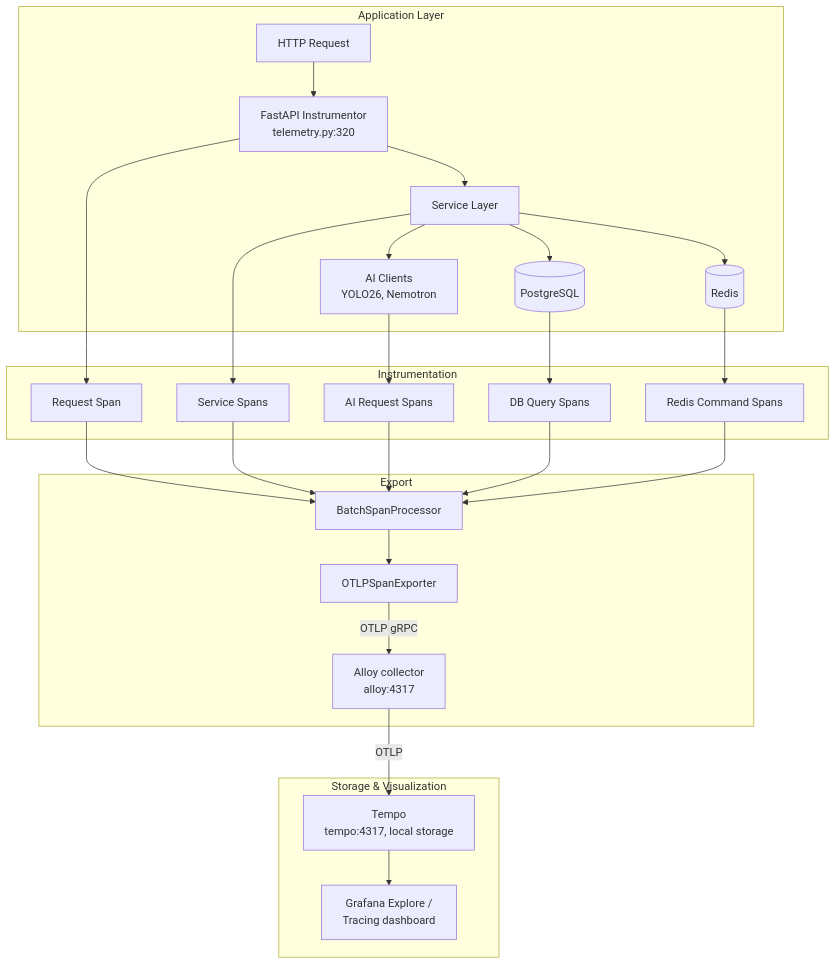
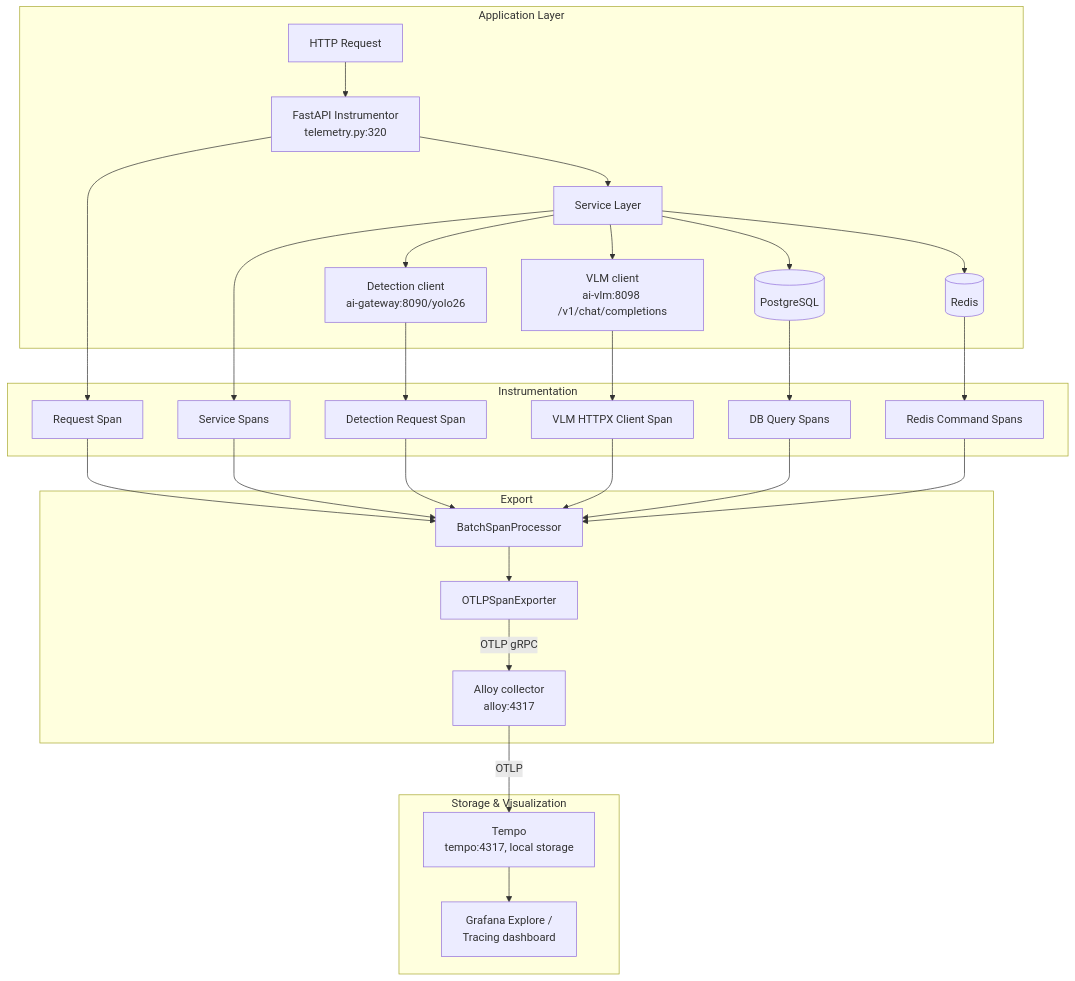
One commit to mikesvoboda/nemotron-v3-home-security-intelligence changed the diagram in docs/architecture/observability/distributed-tracing.md. Above: the diagram before and after it, drawn with Mermaid. The commit also changed other lines of this file and 231 other files, not shown here.

````diff
--- a/docs/architecture/observability/distributed-tracing.md
+++ b/docs/architecture/observability/distributed-tracing.md
@@ -27,33 +29,36 @@
 ```mermaid
 graph TD
     subgraph "Application Layer"
         REQ[HTTP Request] --> MW[FastAPI Instrumentor<br/>telemetry.py:320]
         MW --> SVC[Service Layer]
-        SVC --> AI[AI Clients<br/>YOLO26, Nemotron]
+        SVC --> DET[Detection client<br/>ai-gateway:8090/yolo26]
+        SVC --> VLM[VLM client<br/>ai-vlm:8098 /v1/chat/completions]
         SVC --> DB[(PostgreSQL)]
         SVC --> REDIS[(Redis)]
     end
 
     subgraph "Instrumentation"
         MW --> SPAN1[Request Span]
         SVC --> SPAN2[Service Spans]
-        AI --> SPAN3[AI Request Spans]
+        DET --> SPAN3[Detection Request Span]
+        VLM --> SPAN6[VLM HTTPX Client Span]
         DB --> SPAN4[DB Query Spans]
         REDIS --> SPAN5[Redis Command Spans]
     end
 
     subgraph "Export"
         SPAN1 --> PROC[BatchSpanProcessor]
         SPAN2 --> PROC
         SPAN3 --> PROC
+        SPAN6 --> PROC
         SPAN4 --> PROC
         SPAN5 --> PROC
         PROC --> EXP[OTLPSpanExporter]
         EXP --> |OTLP gRPC| ALLOY[Alloy collector<br/>alloy:4317]
     end
 
     subgraph "Storage & Visualization"
         ALLOY --> |OTLP| TEMPO[Tempo<br/>tempo:4317, local storage]
         TEMPO --> GRAF[Grafana Explore /<br/>Tracing dashboard]
     end
 ```
````
